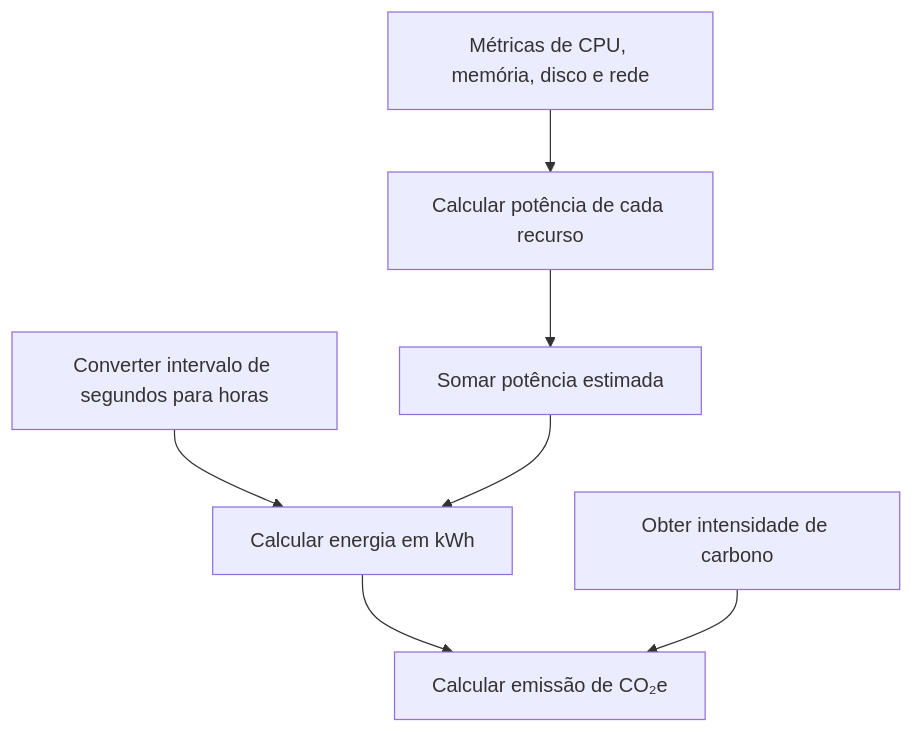
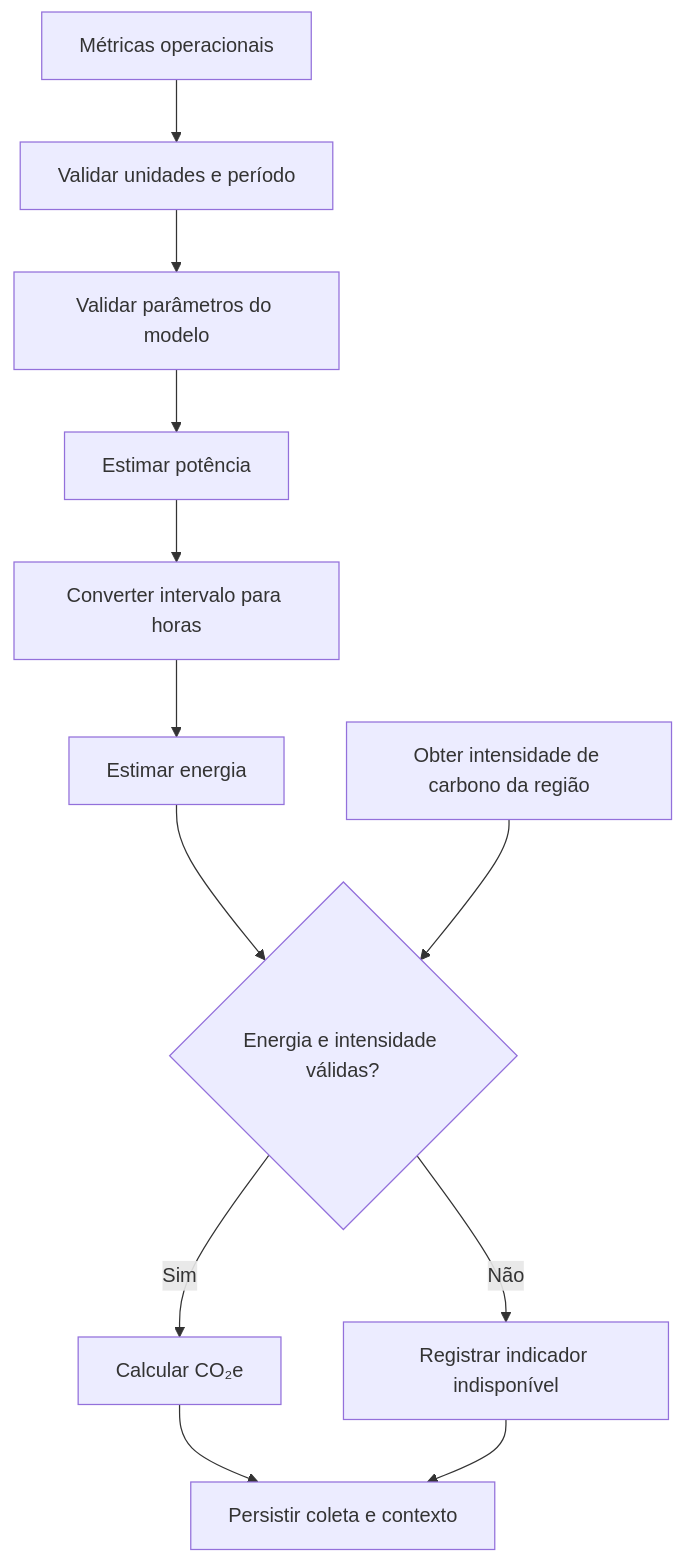
One commit to Team-Zero-DSM/GreenER changed the diagram in docs/cálculo.md. Above: the diagram before and after it, drawn with Mermaid. The commit also changed other lines of this file and 4 other files, not shown here.

````diff
--- a/docs/cálculo.md
+++ b/docs/cálculo.md
@@ -96,18 +162,27 @@
 ```mermaid
 flowchart TD
 
-    A[Métricas de CPU, memória, disco e rede]
-    B[Calcular potência de cada recurso]
-    C[Somar potência estimada]
-    D[Converter intervalo de segundos para horas]
-    E[Calcular energia em kWh]
-    F[Obter intensidade de carbono]
-    G[Calcular emissão de CO₂e]
+    A[Métricas operacionais]
+    B[Validar unidades e período]
+    C[Validar parâmetros do modelo]
+    D[Estimar potência]
+    E[Converter intervalo para horas]
+    F[Estimar energia]
+    G[Obter intensidade de carbono da região]
+    H{Energia e intensidade válidas?}
+    I[Calcular CO₂e]
+    J[Registrar indicador indisponível]
+    K[Persistir coleta e contexto]
 
     A --> B
     B --> C
+    C --> D
     D --> E
-    C --> E
-    E --> G
-    F --> G
+    E --> F
+    F --> H
+    G --> H
+    H -->|Sim| I
+    H -->|Não| J
+    I --> K
+    J --> K
 ```
````
